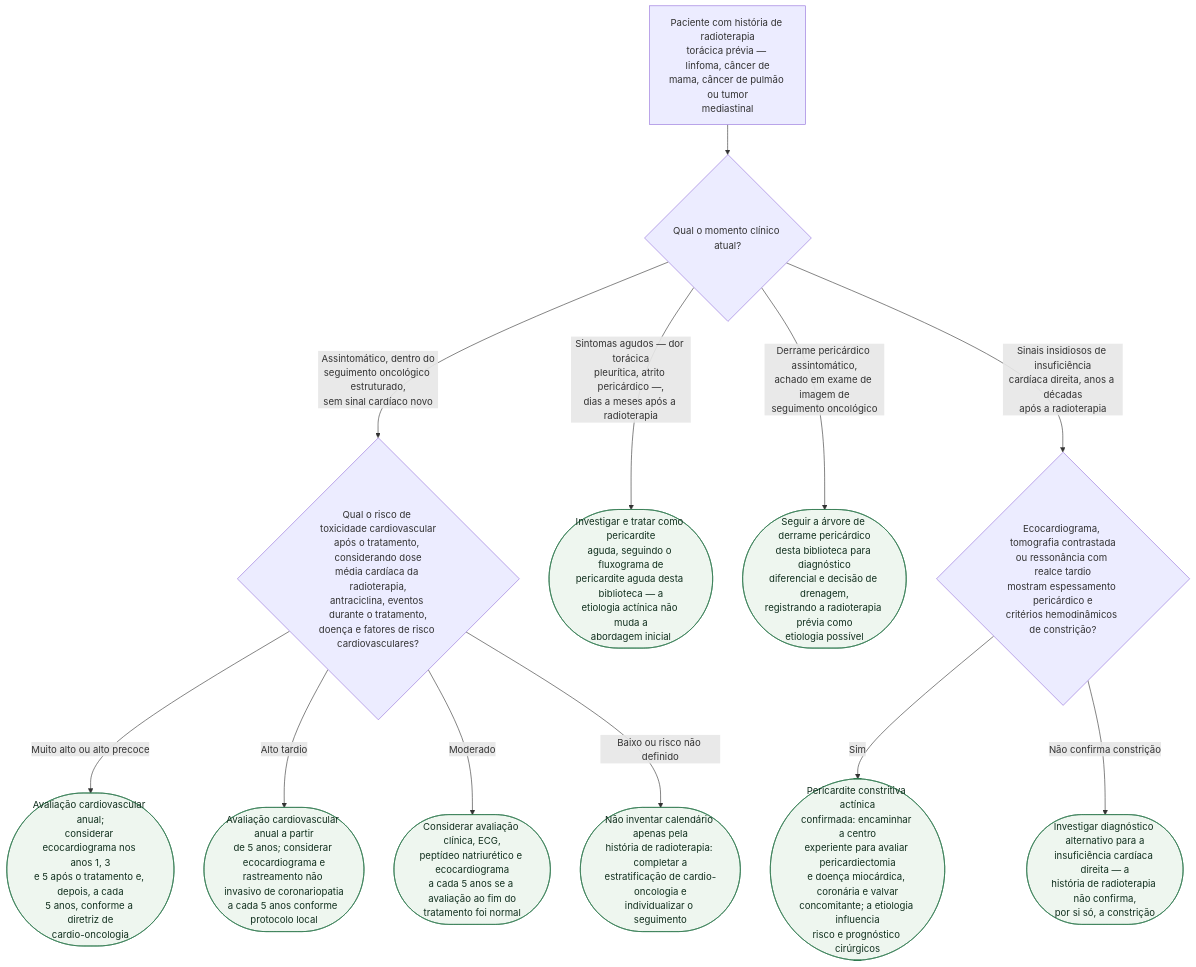
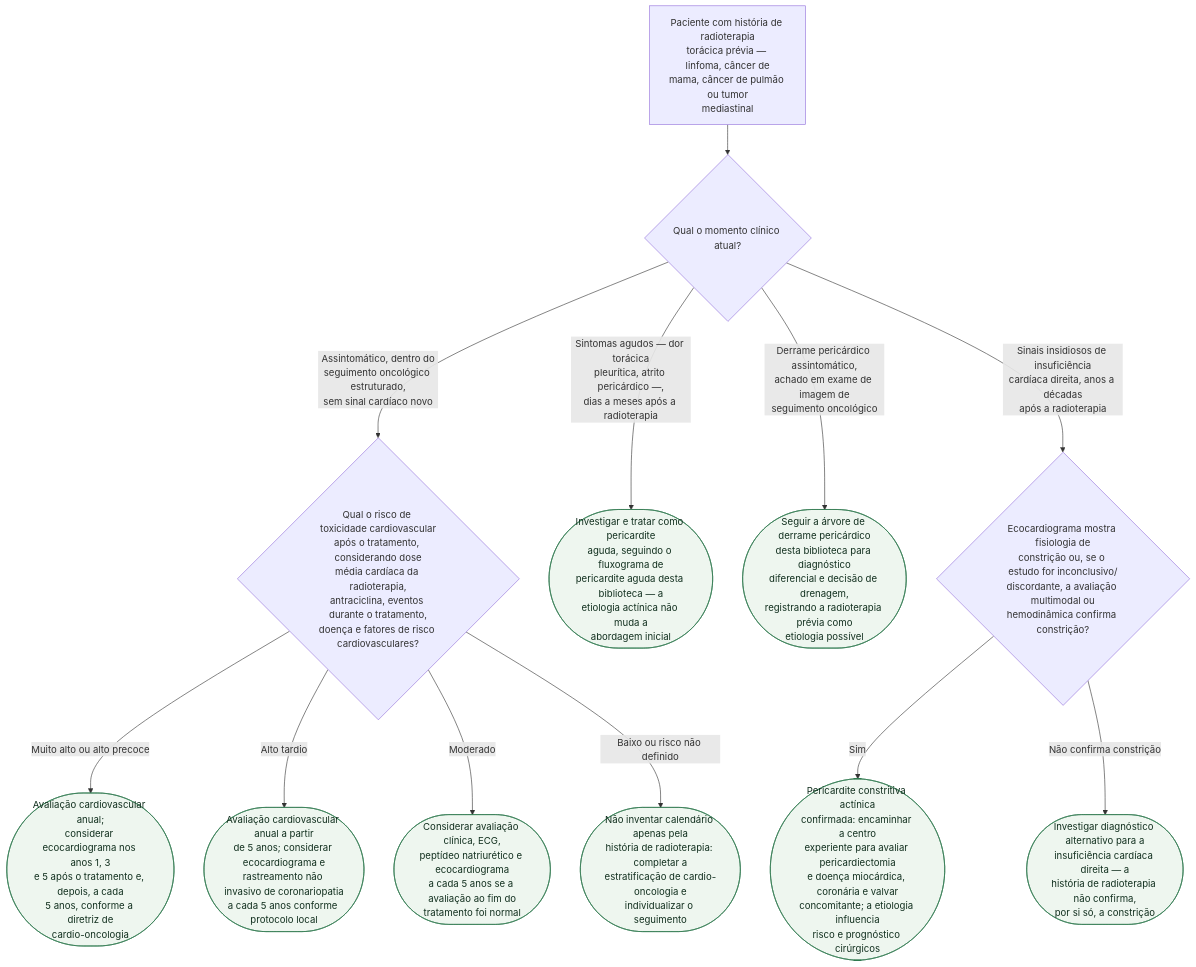
Before and after one commit to rafaelpaesmeirelles/MeuCardio: the diagram in content/Pericárdio/fluxograma-doenca-pericardica-actinica-radioterapia.md, drawn with Mermaid. The commit also changed other lines of this file and 6 other files, not shown here.

````diff
--- a/content/Pericárdio/fluxograma-doenca-pericardica-actinica-radioterapia.md
+++ b/content/Pericárdio/fluxograma-doenca-pericardica-actinica-radioterapia.md
@@ -26,27 +26,27 @@
 ```mermaid
 flowchart TD
   R0["Paciente com história de radioterapia<br/>torácica prévia — linfoma, câncer de<br/>mama, câncer de pulmão ou tumor<br/>mediastinal"] --> D1{"Qual o momento clínico atual?"}
 
   D1 -->|"Assintomático, dentro do<br/>seguimento oncológico estruturado,<br/>sem sinal cardíaco novo"| D2{"Qual o risco de toxicidade cardiovascular<br/>após o tratamento, considerando dose<br/>média cardíaca da radioterapia,<br/>antraciclina, eventos durante o tratamento,<br/>doença e fatores de risco cardiovasculares?"}
 
   D2 -->|"Muito alto ou alto precoce"| C1(["Avaliação cardiovascular anual;<br/>considerar ecocardiograma nos anos 1, 3<br/>e 5 após o tratamento e, depois, a cada<br/>5 anos, conforme a diretriz de<br/>cardio-oncologia"])
 
   D2 -->|"Alto tardio"| C2(["Avaliação cardiovascular anual a partir<br/>de 5 anos; considerar ecocardiograma e<br/>rastreamento não invasivo de coronariopatia<br/>a cada 5 anos conforme protocolo local"])
 
   D2 -->|"Moderado"| C7(["Considerar avaliação clínica, ECG,<br/>peptídeo natriurético e ecocardiograma<br/>a cada 5 anos se a avaliação ao fim do<br/>tratamento foi normal"])
 
   D2 -->|"Baixo ou risco não definido"| C8(["Não inventar calendário apenas pela<br/>história de radioterapia: completar a<br/>estratificação de cardio-oncologia e<br/>individualizar o seguimento"])
 
   D1 -->|"Sintomas agudos — dor torácica<br/>pleurítica, atrito pericárdico —,<br/>dias a meses após a radioterapia"| C3(["Investigar e tratar como pericardite<br/>aguda, seguindo o fluxograma de<br/>pericardite aguda desta biblioteca — a<br/>etiologia actínica não muda a<br/>abordagem inicial"])
 
   D1 -->|"Derrame pericárdico assintomático,<br/>achado em exame de imagem de<br/>seguimento oncológico"| C4(["Seguir a árvore de derrame pericárdico<br/>desta biblioteca para diagnóstico<br/>diferencial e decisão de drenagem,<br/>registrando a radioterapia prévia como<br/>etiologia possível"])
 
-  D1 -->|"Sinais insidiosos de insuficiência<br/>cardíaca direita, anos a décadas<br/>após a radioterapia"| D3{"Ecocardiograma, tomografia contrastada<br/>ou ressonância com realce tardio<br/>mostram espessamento pericárdico e<br/>critérios hemodinâmicos de constrição?"}
+  D1 -->|"Sinais insidiosos de insuficiência<br/>cardíaca direita, anos a décadas<br/>após a radioterapia"| D3{"Ecocardiograma mostra fisiologia de<br/>constrição ou, se o estudo for inconclusivo/<br/>discordante, a avaliação multimodal ou<br/>hemodinâmica confirma constrição?"}
 
   D3 -->|"Sim"| C5(["Pericardite constritiva actínica<br/>confirmada: encaminhar a centro<br/>experiente para avaliar pericardiectomia<br/>e doença miocárdica, coronária e valvar<br/>concomitante; a etiologia influencia<br/>risco e prognóstico cirúrgicos"])
 
   D3 -->|"Não confirma constrição"| C6(["Investigar diagnóstico alternativo para a<br/>insuficiência cardíaca direita — a<br/>história de radioterapia não confirma,<br/>por si só, a constrição"])
 
   classDef conduta fill:#eef6ef,stroke:#2f7a4f,color:#12301f;
   class C1,C2,C3,C4,C5,C6,C7,C8 conduta;
 ```
````
